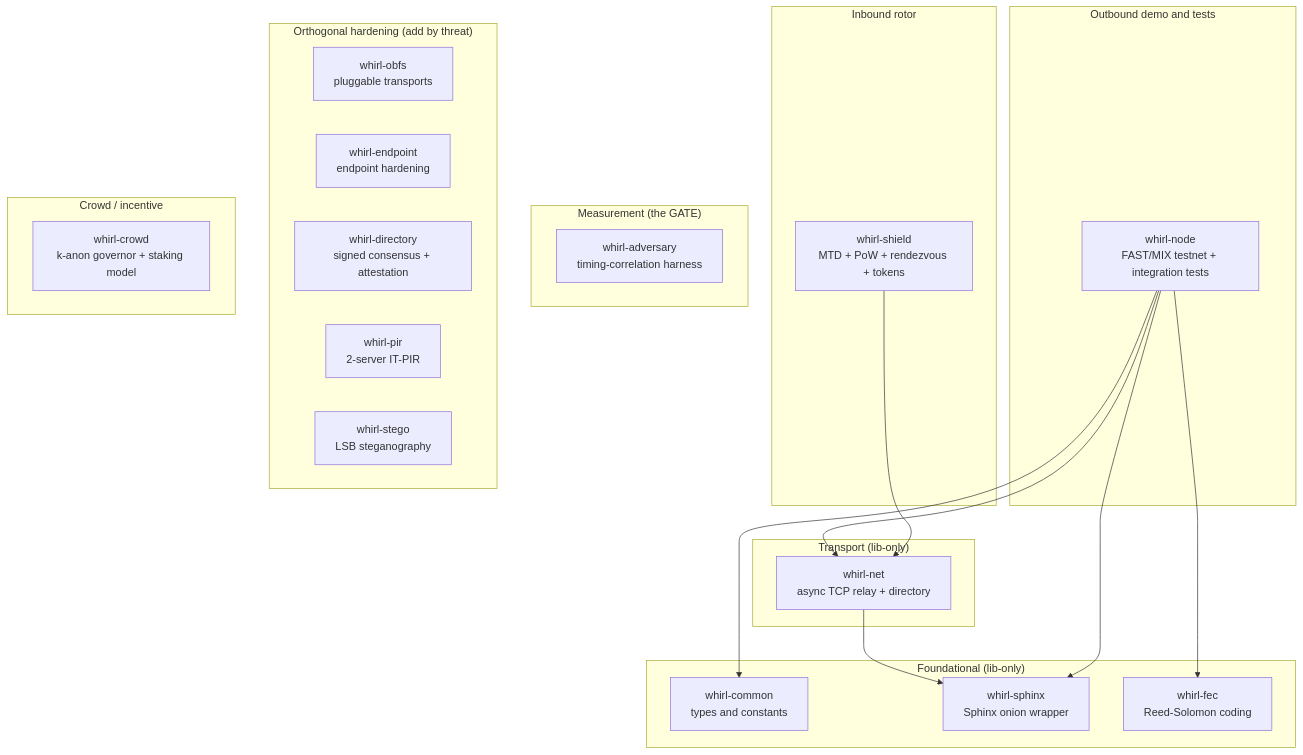
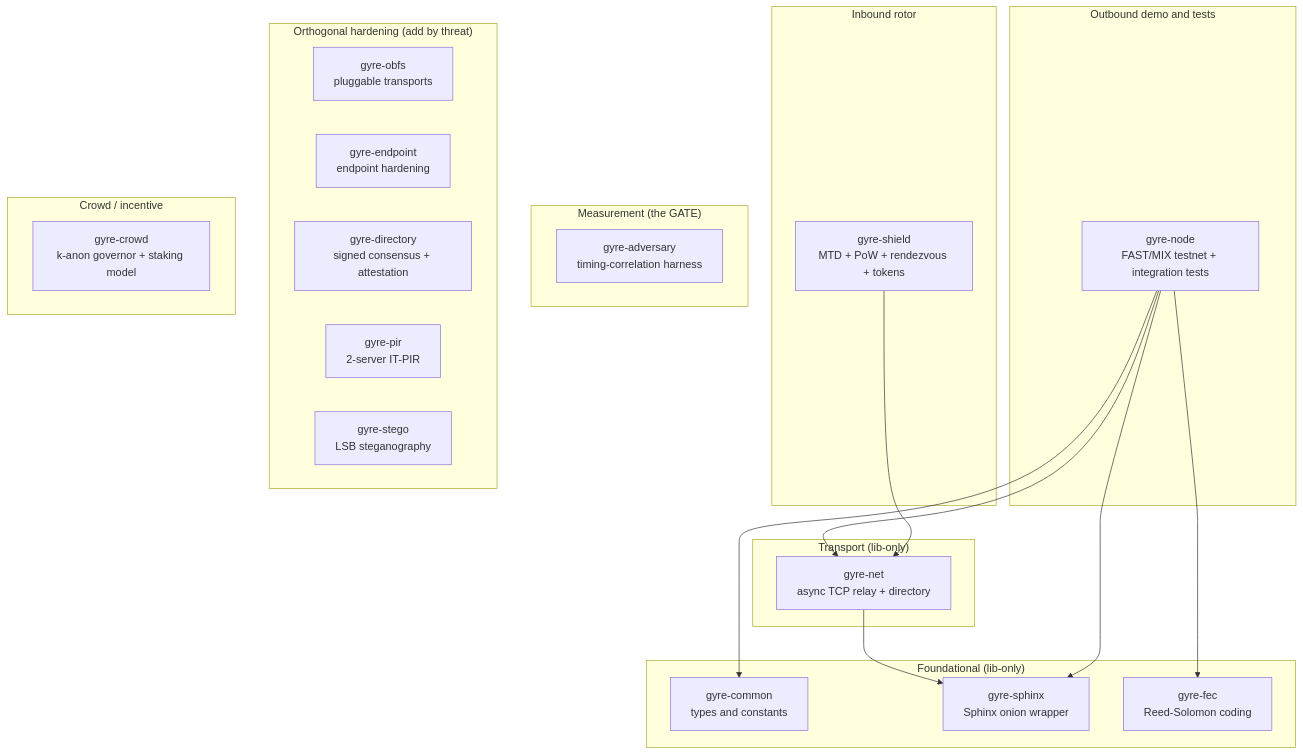
The first of 3 diagrams in docs/ARCHITECTURE.md (rupeshbharambe24/Gyre), drawn with Mermaid before and after one commit. The commit also changed other lines of this file and 87 other files, not shown here.

````diff
--- a/docs/ARCHITECTURE.md
+++ b/docs/ARCHITECTURE.md
@@ -67,37 +67,37 @@
 ```mermaid
 flowchart TB
     subgraph found["Foundational (lib-only)"]
-        common["whirl-common<br/>types and constants"]
-        sphinx["whirl-sphinx<br/>Sphinx onion wrapper"]
-        fec["whirl-fec<br/>Reed-Solomon coding"]
+        common["gyre-common<br/>types and constants"]
+        sphinx["gyre-sphinx<br/>Sphinx onion wrapper"]
+        fec["gyre-fec<br/>Reed-Solomon coding"]
     end
     subgraph transport["Transport (lib-only)"]
-        net["whirl-net<br/>async TCP relay + directory"]
+        net["gyre-net<br/>async TCP relay + directory"]
     end
     subgraph outbound["Outbound demo and tests"]
-        node["whirl-node<br/>FAST/MIX testnet + integration tests"]
+        node["gyre-node<br/>FAST/MIX testnet + integration tests"]
     end
     subgraph inbound["Inbound rotor"]
-        shield["whirl-shield<br/>MTD + PoW + rendezvous + tokens"]
+        shield["gyre-shield<br/>MTD + PoW + rendezvous + tokens"]
     end
     subgraph measure["Measurement (the GATE)"]
-        adversary["whirl-adversary<br/>timing-correlation harness"]
+        adversary["gyre-adversary<br/>timing-correlation harness"]
     end
     subgraph hardening["Orthogonal hardening (add by threat)"]
-        obfs["whirl-obfs<br/>pluggable transports"]
-        endpoint["whirl-endpoint<br/>endpoint hardening"]
-        directory["whirl-directory<br/>signed consensus + attestation"]
-        pir["whirl-pir<br/>2-server IT-PIR"]
-        stego["whirl-stego<br/>LSB steganography"]
+        obfs["gyre-obfs<br/>pluggable transports"]
+        endpoint["gyre-endpoint<br/>endpoint hardening"]
+        directory["gyre-directory<br/>signed consensus + attestation"]
+        pir["gyre-pir<br/>2-server IT-PIR"]
+        stego["gyre-stego<br/>LSB steganography"]
     end
     subgraph crowdlayer["Crowd / incentive"]
-        crowd["whirl-crowd<br/>k-anon governor + staking model"]
+        crowd["gyre-crowd<br/>k-anon governor + staking model"]
     end
 
     net --> sphinx
     node --> common
     node --> sphinx
     node --> fec
     node --> net
     shield --> net
 ```
````
